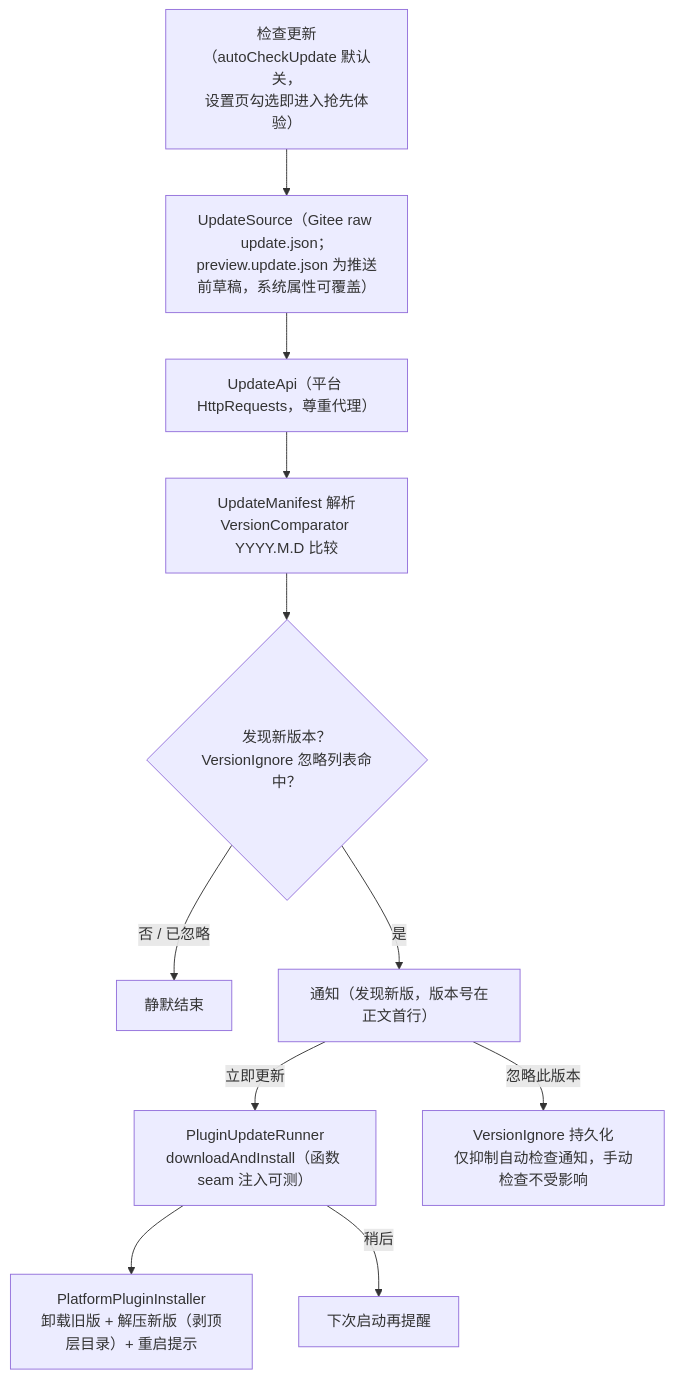
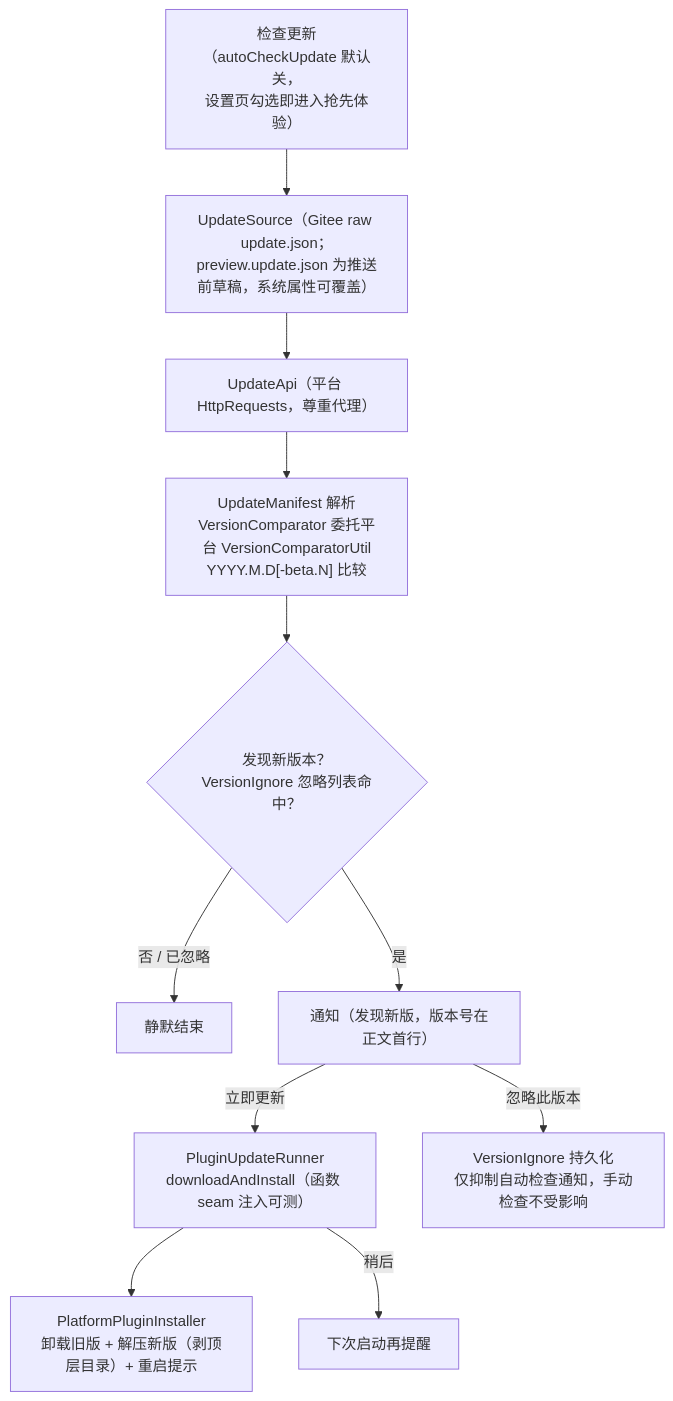
Diagram 12 of 12 in docs/架构设计/02-核心流程详解.md (JayF211/mybatis-plus-sql-visualizer), drawn with Mermaid before and after one commit. The commit also changed 5 other files, not shown here.

First line of the commit message:
fix: T-VersionUtil 更新检查版本比较改用 IDEA 内置 VersionComparatorUtil

````diff
--- a/docs/架构设计/02-核心流程详解.md
+++ b/docs/架构设计/02-核心流程详解.md
@@ -446,13 +446,13 @@
 ```mermaid
 flowchart TD
     CHECK["检查更新（autoCheckUpdate 默认关，<br/>设置页勾选即进入抢先体验）"] --> SRC["UpdateSource（Gitee raw update.json；<br/>preview.update.json 为推送前草稿，系统属性可覆盖）"]
     SRC --> API["UpdateApi（平台 HttpRequests，尊重代理）"]
-    API --> MAN["UpdateManifest 解析<br/>VersionComparator YYYY.M.D 比较"]
+    API --> MAN["UpdateManifest 解析<br/>VersionComparator 委托平台 VersionComparatorUtil<br/>YYYY.M.D[-beta.N] 比较"]
     MAN --> NEW{"发现新版本？<br/>VersionIgnore 忽略列表命中？"}
     NEW -->|"否 / 已忽略"| NONE["静默结束"]
     NEW -->|"是"| NOTIFY["通知（发现新版，版本号在正文首行）"]
     NOTIFY -->|"立即更新"| RUN["PluginUpdateRunner<br/>downloadAndInstall（函数 seam 注入可测）"]
     RUN --> INST["PlatformPluginInstaller<br/>卸载旧版 + 解压新版（剥顶层目录）+ 重启提示"]
     NOTIFY -->|"忽略此版本"| IGN["VersionIgnore 持久化<br/>仅抑制自动检查通知，手动检查不受影响"]
     RUN -->|"稍后"| LATER["下次启动再提醒"]
 ```
````
